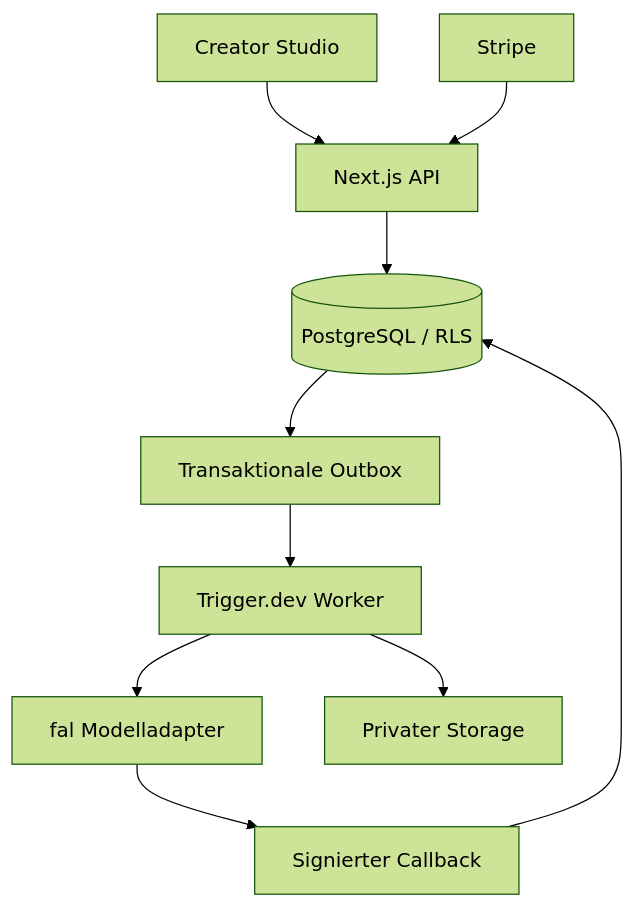
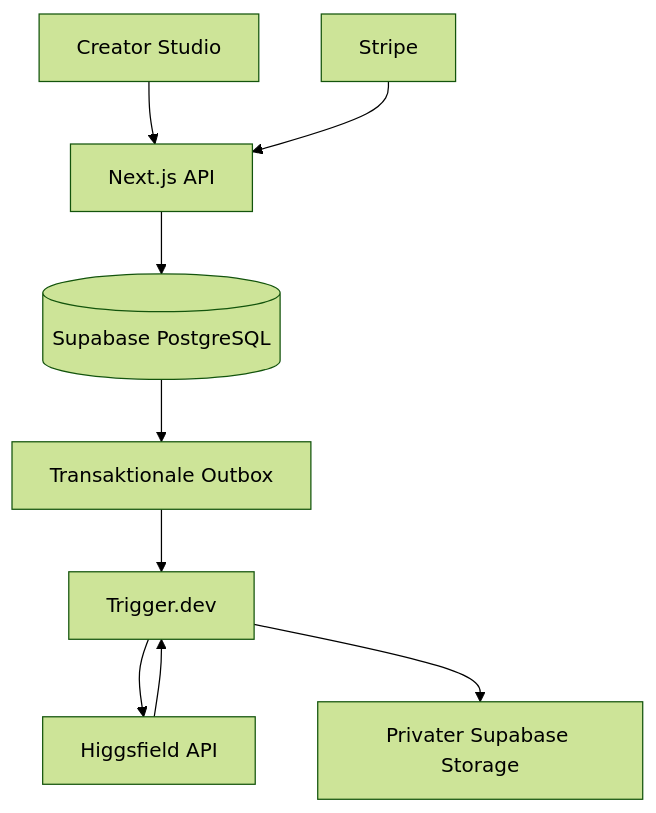
The diagram in docs/architecture.md (Chrikl20/Chriklfield), drawn with Mermaid (forest theme) before and after one commit. The commit also changed other lines of this file, not shown here.

Commit message:
Document Higgsfield-only architecture

````diff
--- a/docs/architecture.md
+++ b/docs/architecture.md
@@ -5,12 +5,11 @@
 ```mermaid
 flowchart TD
   UI[Creator Studio] --> Web[Next.js API]
-  Web --> DB[(PostgreSQL / RLS)]
+  Web --> DB[(Supabase PostgreSQL)]
   DB --> Outbox[Transaktionale Outbox]
-  Outbox --> Worker[Trigger.dev Worker]
-  Worker --> Fal[fal Modelladapter]
-  Fal --> Hook[Signierter Callback]
-  Hook --> DB
-  Worker --> Storage[Privater Storage]
+  Outbox --> Worker[Trigger.dev]
+  Worker --> HF[Higgsfield API]
+  HF --> Worker
+  Worker --> Storage[Privater Supabase Storage]
   Stripe[Stripe] --> Web
 ```
````
